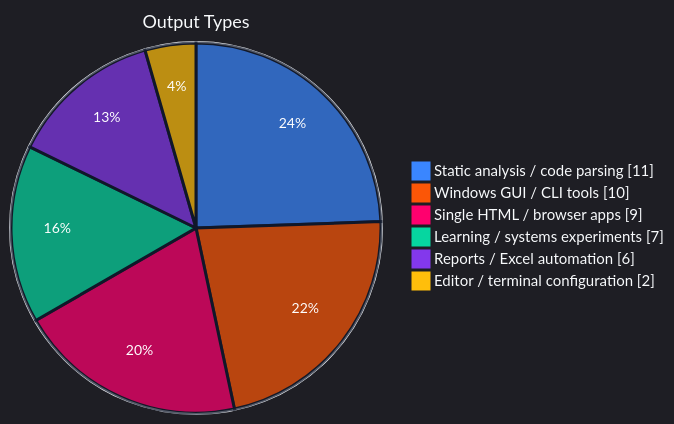
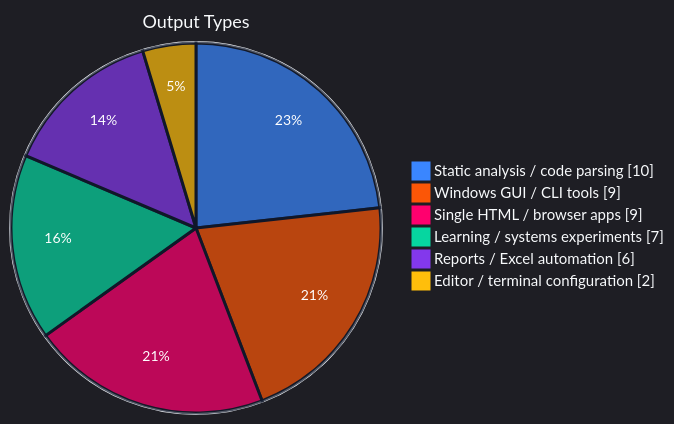
One commit to SSsan-00/SSsan-00 changed the second of 4 diagrams in README.md. Above: the diagram before and after it, drawn with Mermaid. The commit also changed other lines of this file and 2 other files, not shown here.

````diff
--- a/README.md
+++ b/README.md
@@ -56,11 +56,11 @@
 ```mermaid
 %%{init: {"theme":"dark","themeVariables":{"background":"#0f172a","mainBkg":"#0f172a","textColor":"#f8fafc","primaryTextColor":"#f8fafc","pieStrokeColor":"#0f172a","pieStrokeWidth":"3px","pieOuterStrokeColor":"#f8fafc","pieOuterStrokeWidth":"2px","pieTitleTextColor":"#f8fafc","pieTitleTextSize":"18px","pieLegendTextColor":"#f8fafc","pieLegendTextSize":"15px","pieSectionTextColor":"#ffffff","pieSectionTextSize":"14px","pie1":"#3a86ff","pie2":"#fb5607","pie3":"#ff006e","pie4":"#06d6a0","pie5":"#8338ec","pie6":"#ffbe0b"}}}%%
 pie showData
   title Output Types
-  "Static analysis / code parsing" : 11
-  "Windows GUI / CLI tools" : 10
+  "Static analysis / code parsing" : 10
+  "Windows GUI / CLI tools" : 9
   "Single HTML / browser apps" : 9
   "Learning / systems experiments" : 7
   "Reports / Excel automation" : 6
   "Editor / terminal configuration" : 2
 ```
````
